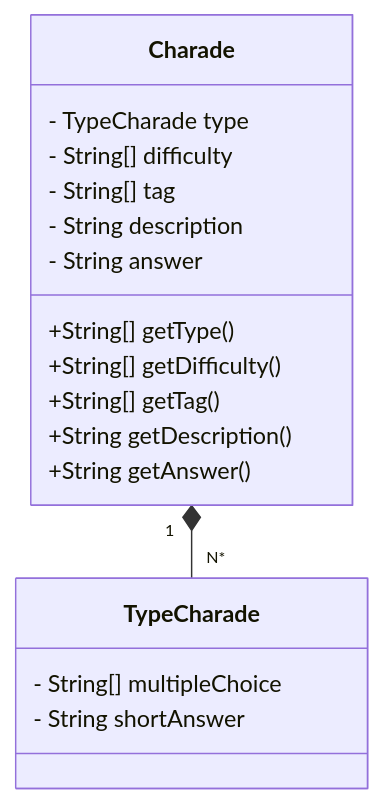
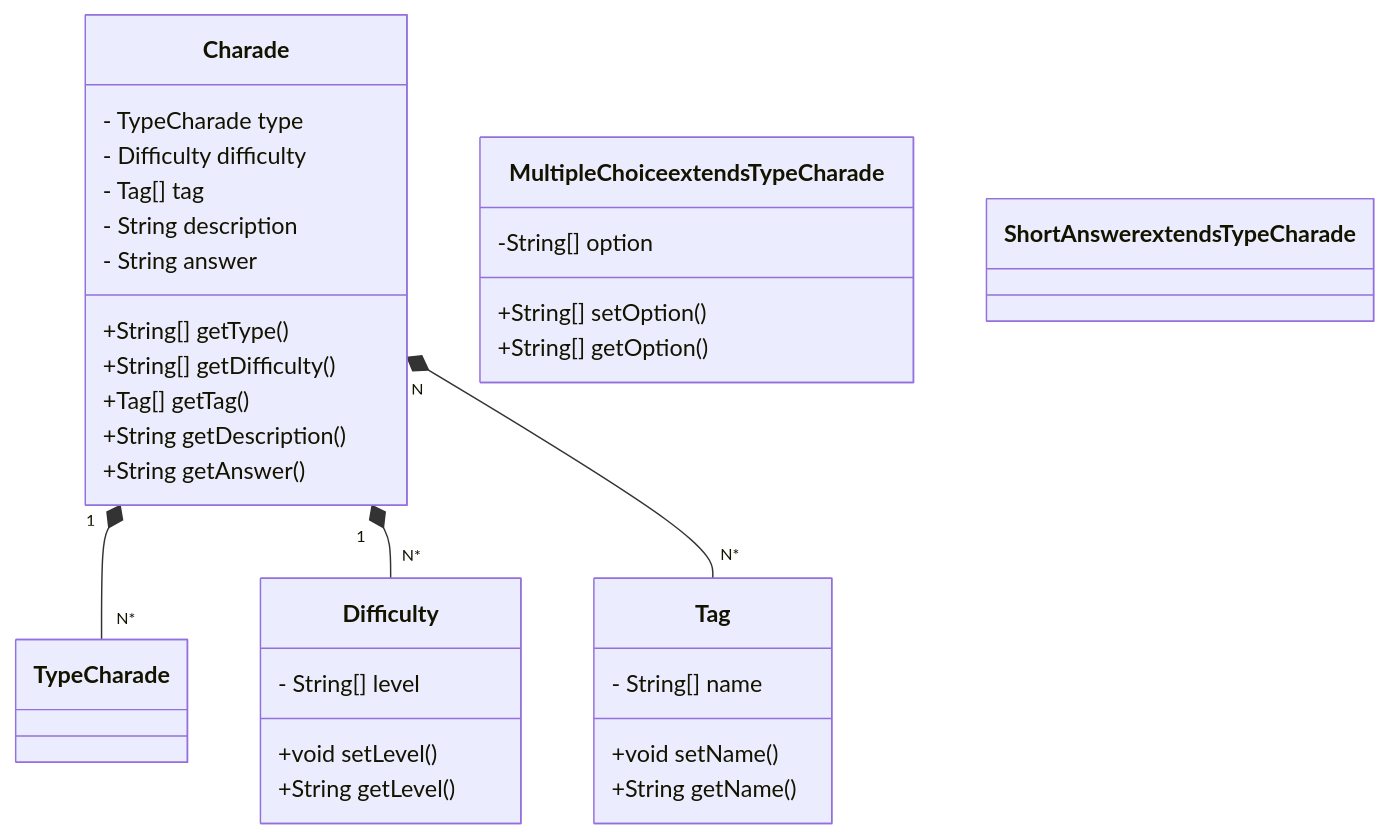
Before and after one commit to danielasegadilha/Spring-boot-game: the diagram in README.md, drawn with Mermaid.

Commit message:
Update  class diagram from README.md

````diff
--- a/README.md
+++ b/README.md
@@ -24,21 +24,40 @@
 ```mermaid
 classDiagram
     class Charade {
         - TypeCharade type
-        - String[] difficulty
-        - String[] tag
+        - Difficulty difficulty
+        - Tag[] tag
         - String description
         - String answer
-+String[] getType()
+        +String[] getType()
         +String[] getDifficulty()
-        +String[] getTag()
+        +Tag[] getTag()
         +String getDescription()
         +String getAnswer()
     }
     class TypeCharade {
-        - String[] multipleChoice
-        - String shortAnswer
+    }
+    class MultipleChoice extends TypeCharade {
+        -String[] option
+        +String[] setOption()
+        +String[] getOption()
     }
 
+    class ShortAnswer extends TypeCharade {
+    }
+    class Difficulty {
+        - String[] level
+        +void setLevel()
+        +String getLevel()
+    }
+    class Tag {
+        - String[] name
+        +void setName()
+        +String getName()
+    }
+    
+
     Charade "1" *-- "N*" TypeCharade
+    Charade "1" *-- "N*" Difficulty
+    Charade "N" *-- "N*" Tag
 ```
````
